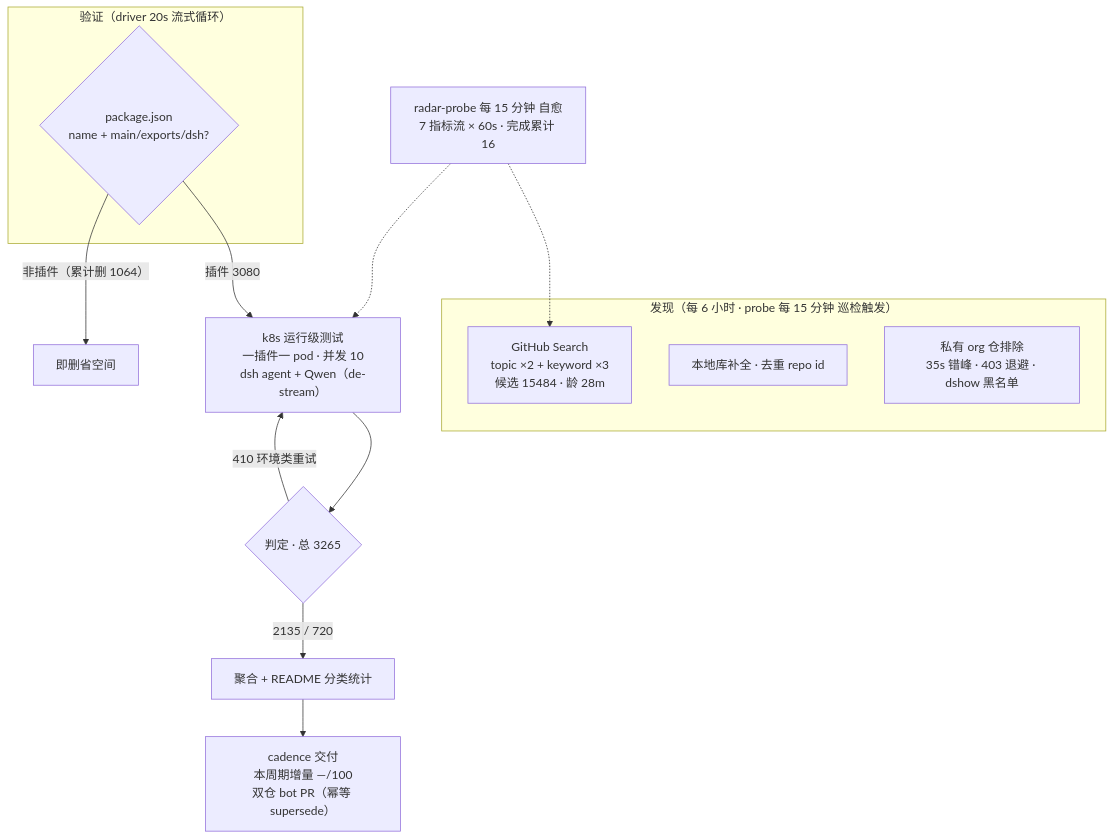
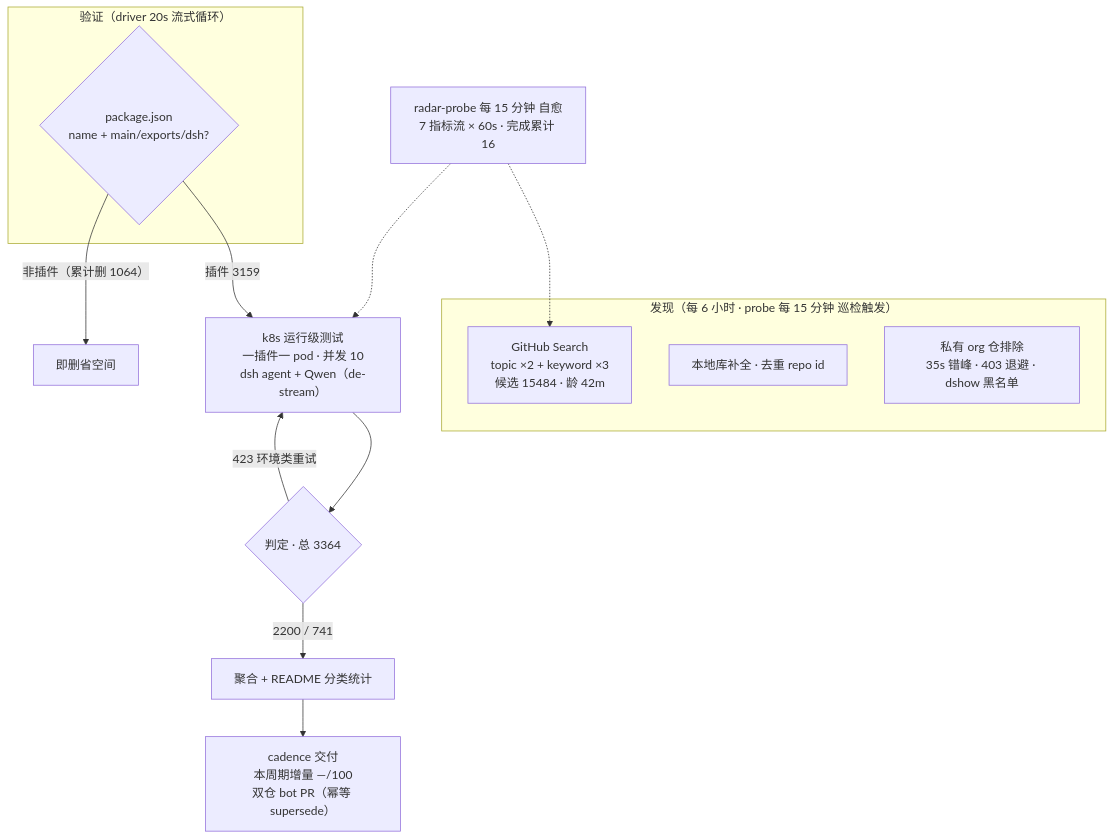
The diagram in README.md (Zhidao-Lab-OSS/awesome-dsh-plugins), drawn with Mermaid before and after one commit. The commit also changed other lines of this file and 1 other file, not shown here.

````diff
--- a/README.md
+++ b/README.md
@@ -37,20 +37,20 @@
 ```mermaid
 flowchart TB
     subgraph Discovery["发现（每 6 小时 · probe 每 15 分钟 巡检触发）"]
-        A1["GitHub Search<br/>topic ×2 + keyword ×3<br/>候选 15484 · 龄 28m"]
+        A1["GitHub Search<br/>topic ×2 + keyword ×3<br/>候选 15484 · 龄 42m"]
         A2["本地库补全 · 去重 repo id"]
         A3["私有 org 仓排除<br/>35s 错峰 · 403 退避 · dshow 黑名单"]
     end
     subgraph Validation["验证（driver 20s 流式循环）"]
         B1{"package.json<br/>name + main/exports/dsh?"}
     end
-    B1 -->|"插件 3080"| C1["k8s 运行级测试<br/>一插件一 pod · 并发 10<br/>dsh agent + Qwen（de-stream）"]
+    B1 -->|"插件 3159"| C1["k8s 运行级测试<br/>一插件一 pod · 并发 10<br/>dsh agent + Qwen（de-stream）"]
     B1 -->|"非插件（累计删 1064）"| B3["即删省空间"]
-    C1 --> D1{"判定 · 总 3265"}
-    D1 -->|"2135 / 720"| E1["聚合 + README 分类统计"]
-    D1 -->|"410 环境类重试"| C1
+    C1 --> D1{"判定 · 总 3364"}
+    D1 -->|"2200 / 741"| E1["聚合 + README 分类统计"]
+    D1 -->|"423 环境类重试"| C1
     E1 --> E2["cadence 交付<br/>本周期增量 —/100<br/>双仓 bot PR（幂等 supersede）"]
     M["radar-probe 每 15 分钟 自愈<br/>7 指标流 × 60s · 完成累计 16"]
     M -.-> A1
     M -.-> C1
 ```
````
